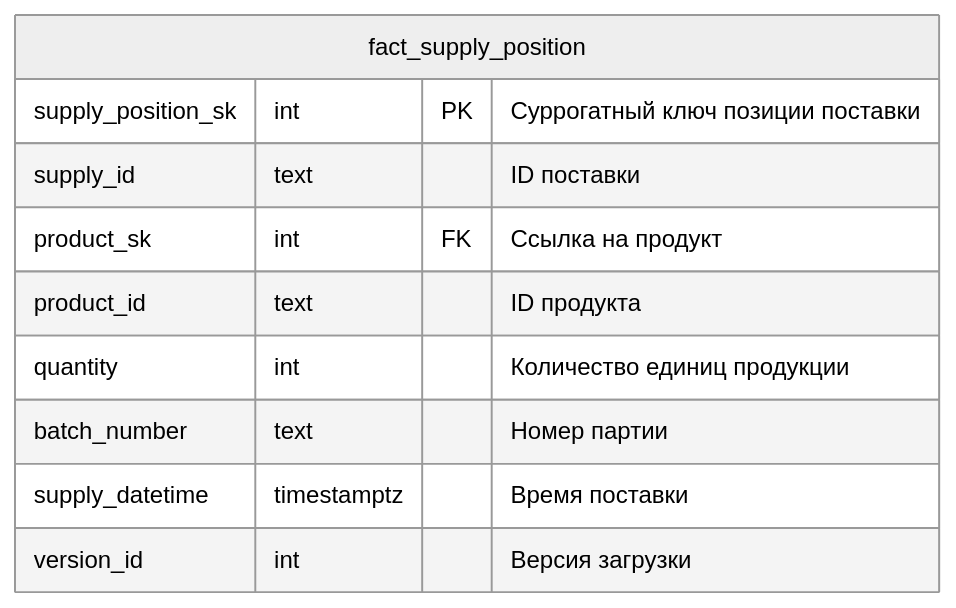
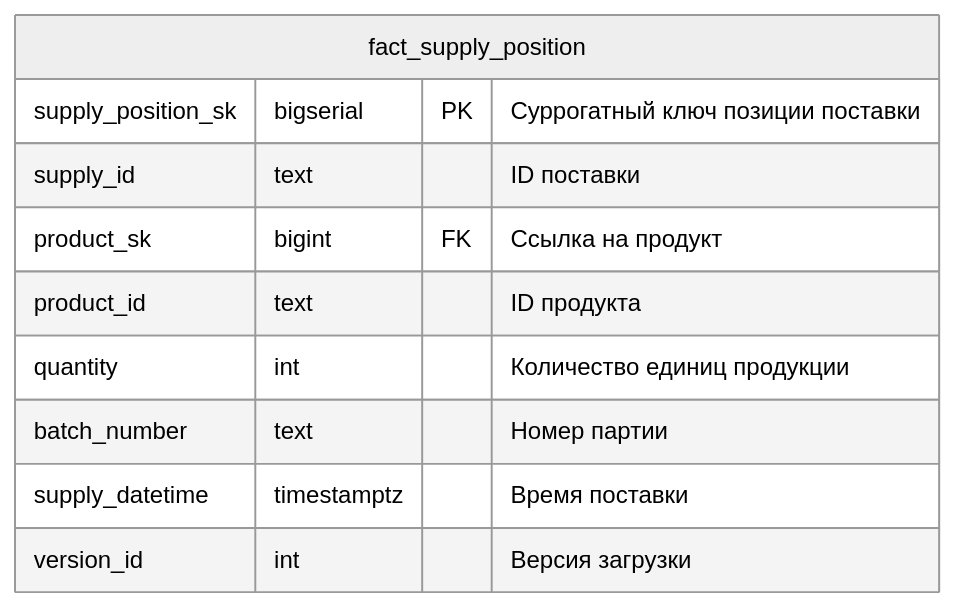
The seventh of 9 diagrams in docs/db_schema/Базовые ввитрины.md (vgorbikov/dq-practice), drawn with Mermaid (neutral theme) before and after one commit. The commit also changed other lines of this file and 2 other files, not shown here.

Commit message:
fix db schema

````diff
--- a/docs/db_schema/Базовые ввитрины.md
+++ b/docs/db_schema/Базовые ввитрины.md
@@ -162,14 +165,14 @@
 ```mermaid
 erDiagram
 
 fact_supply_position {
-    supply_position_sk int PK "Суррогатный ключ позиции поставки"
+    supply_position_sk bigserial PK "Суррогатный ключ позиции поставки"
     supply_id text "ID поставки"
-    product_sk int FK "Ссылка на продукт"
+    product_sk bigint FK "Ссылка на продукт"
     product_id text "ID продукта"
     quantity int "Количество единиц продукции"
     batch_number text "Номер партии"
     supply_datetime timestamptz "Время поставки"
     version_id int "Версия загрузки"
 }
 ```
````
